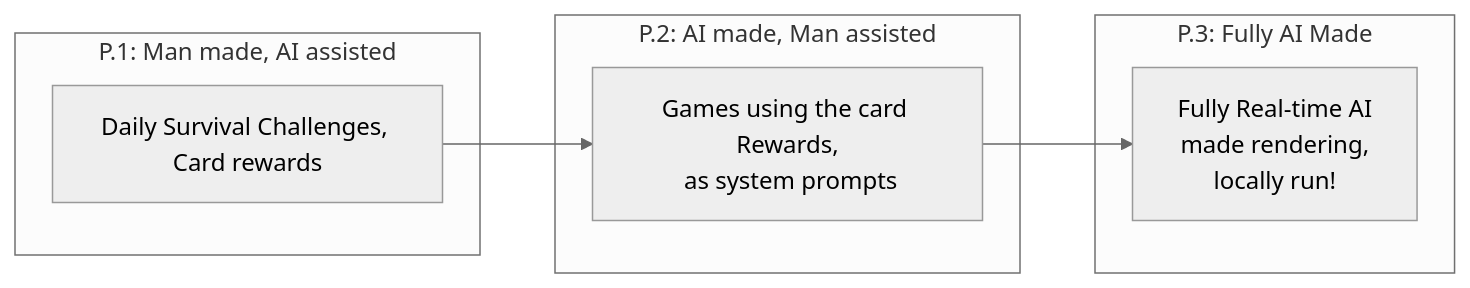
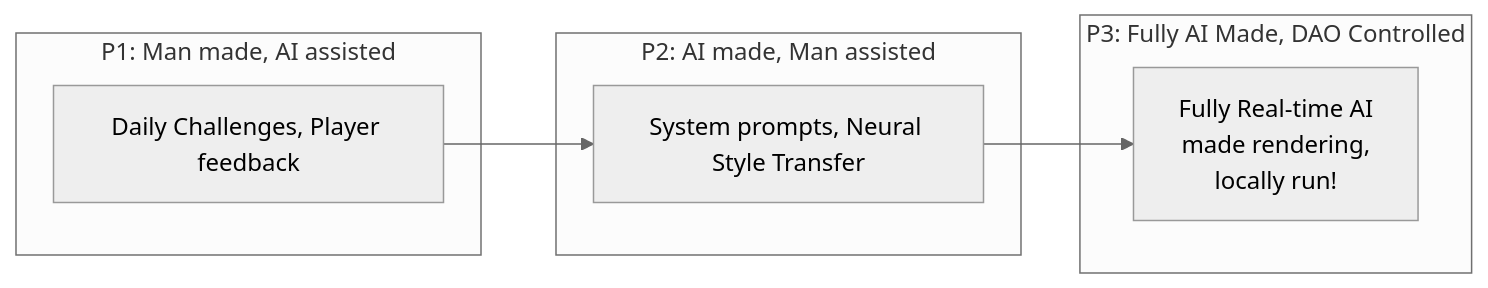
Before and after one commit to OnChainSurvivor/OnChainSurvivor: the fourth of 6 diagrams in README.md, drawn with Mermaid (neutral theme). The commit also changed other lines of this file, not shown here.

````diff
--- a/README.md
+++ b/README.md
@@ -43,14 +44,14 @@
 ```mermaid
 flowchart LR
-    subgraph Phase1 [P.1: Man made, AI assisted]
-        A[Daily Survival Challenges, Card rewards]
+    subgraph Phase1 [P1: Man made, AI assisted]
+        A[Daily Challenges, Player feedback]
     end
-    subgraph Phase2 [P.2: AI made, Man assisted]
-        B[Games using the card Rewards,<br> as system prompts]
+    subgraph Phase2 [P2: AI made, Man assisted]
+        B[System prompts, Neural Style Transfer]
     end
-    subgraph Phase3 [P.3: Fully AI Made]
+    subgraph Phase3 [P3: Fully AI Made, DAO Controlled]
         C[Fully Real-time AI<br> made rendering,<br> locally run!]
     end
 
     A --> B --> C
 ```
````
